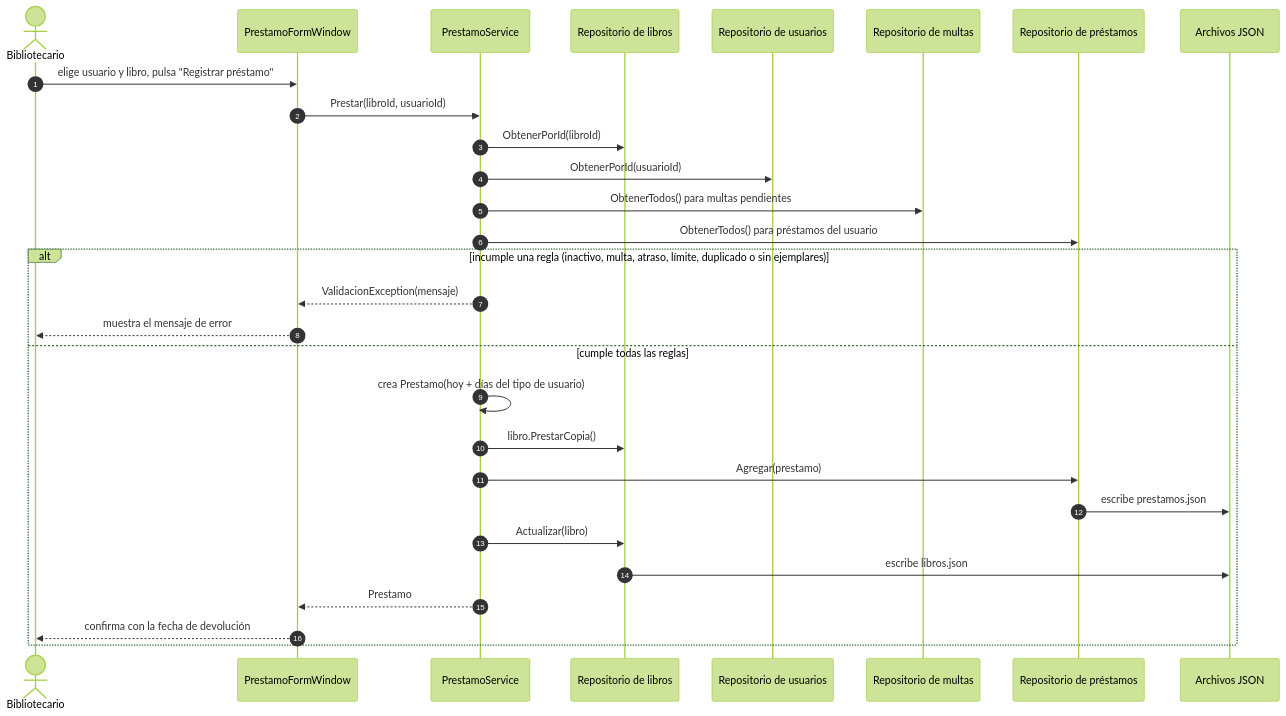
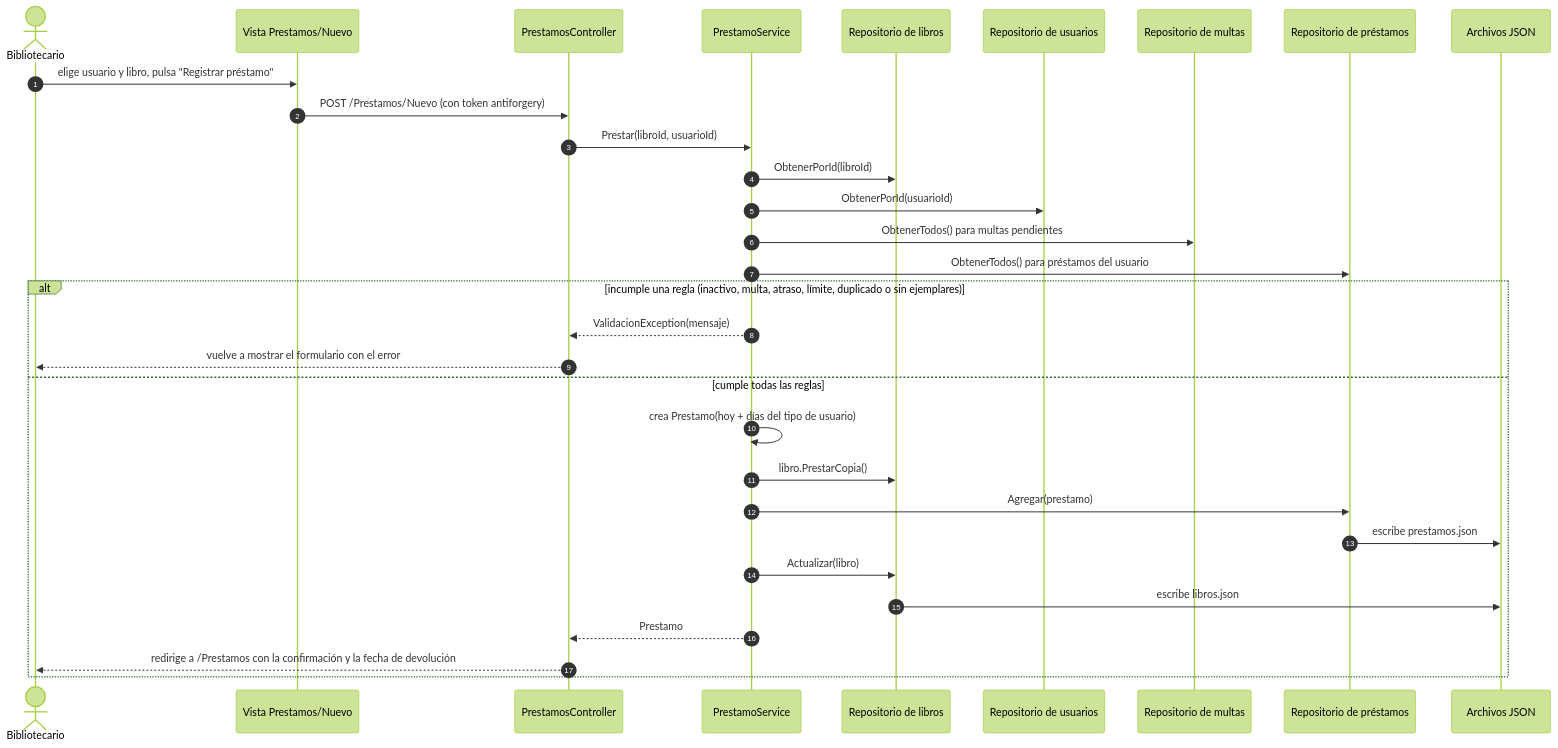
One commit to USPG-Angels-Workspace/sistema-biblioteca changed the fourth of 8 diagrams in docs/03-diagramas-uml.md. Above: the diagram before and after it, drawn with Mermaid (forest theme). The commit also changed other lines of this file, not shown here.

Commit message:
docs: actualiza los diagramas de secuencia y arquitectura al patrón MVC y agrega el de controladores

````diff
--- a/docs/03-diagramas-uml.md
+++ b/docs/03-diagramas-uml.md
@@ -275,32 +350,34 @@
 ```mermaid
 sequenceDiagram
     autonumber
     actor B as Bibliotecario
-    participant UI as PrestamoFormWindow
+    participant V as Vista Prestamos/Nuevo
+    participant C as PrestamosController
     participant PS as PrestamoService
     participant LR as Repositorio de libros
     participant UR as Repositorio de usuarios
     participant MR as Repositorio de multas
     participant PR as Repositorio de préstamos
     participant J as Archivos JSON
 
-    B->>UI: elige usuario y libro, pulsa "Registrar préstamo"
-    UI->>PS: Prestar(libroId, usuarioId)
+    B->>V: elige usuario y libro, pulsa "Registrar préstamo"
+    V->>C: POST /Prestamos/Nuevo (con token antiforgery)
+    C->>PS: Prestar(libroId, usuarioId)
     PS->>LR: ObtenerPorId(libroId)
     PS->>UR: ObtenerPorId(usuarioId)
     PS->>MR: ObtenerTodos() para multas pendientes
     PS->>PR: ObtenerTodos() para préstamos del usuario
     alt incumple una regla (inactivo, multa, atraso, límite, duplicado o sin ejemplares)
-        PS-->>UI: ValidacionException(mensaje)
-        UI-->>B: muestra el mensaje de error
+        PS-->>C: ValidacionException(mensaje)
+        C-->>B: vuelve a mostrar el formulario con el error
     else cumple todas las reglas
         PS->>PS: crea Prestamo(hoy + días del tipo de usuario)
         PS->>LR: libro.PrestarCopia()
         PS->>PR: Agregar(prestamo)
         PR->>J: escribe prestamos.json
         PS->>LR: Actualizar(libro)
         LR->>J: escribe libros.json
-        PS-->>UI: Prestamo
-        UI-->>B: confirma con la fecha de devolución
+        PS-->>C: Prestamo
+        C-->>B: redirige a /Prestamos con la confirmación y la fecha de devolución
     end
 ```
````
